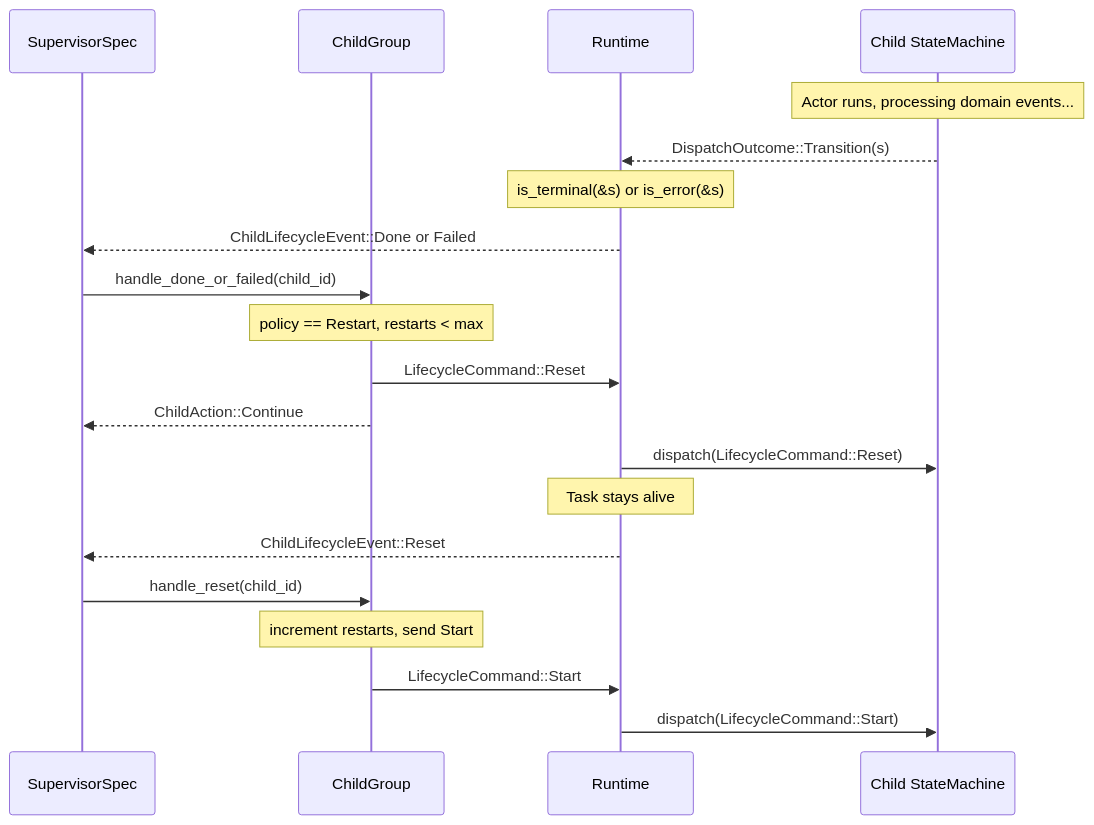
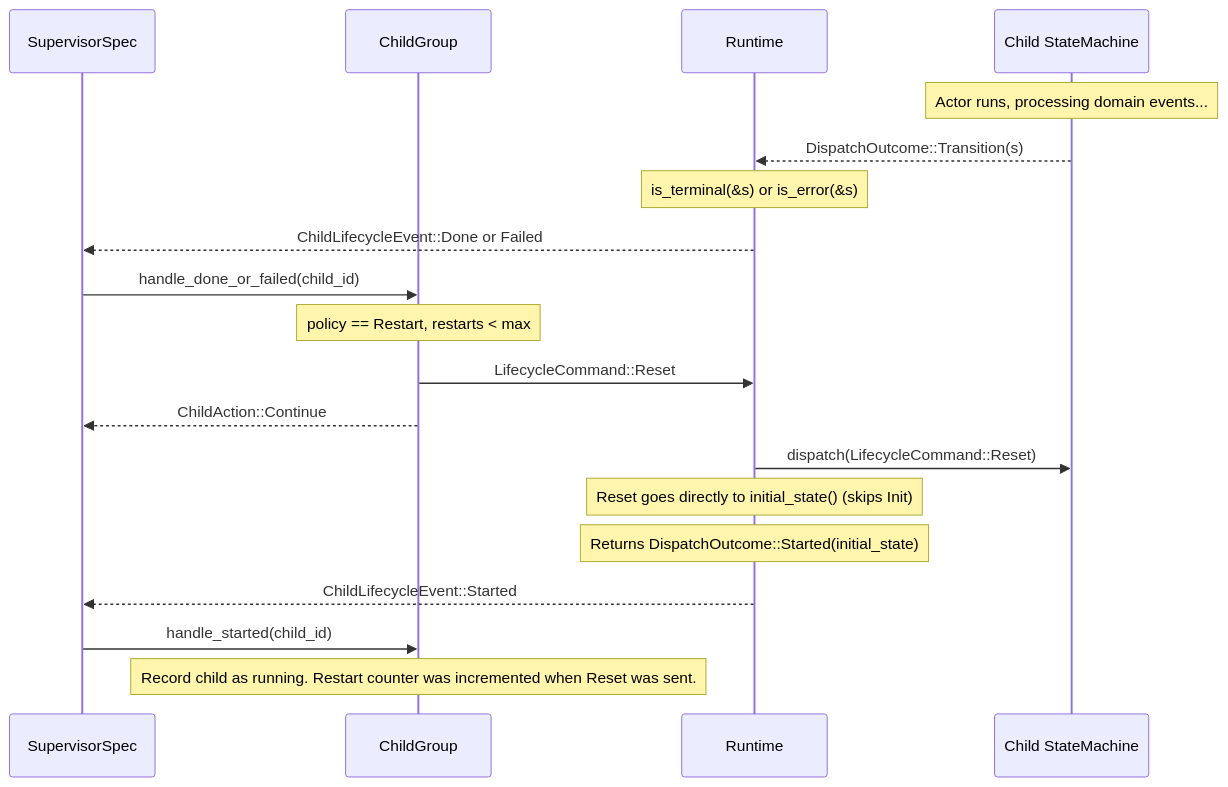
Before and after one commit to bloxide-com/bloxide: the second of 3 diagrams in spec/architecture/08-supervision.md, drawn with Mermaid. The commit also changed other lines of this file and 1 other file, not shown here.

First line of the commit message:
docs: update 18-spawn-architecture and 08-supervision for four-level lifecycle

````diff
--- a/spec/architecture/08-supervision.md
+++ b/spec/architecture/08-supervision.md
@@ -380,24 +432,23 @@
 ```mermaid
 sequenceDiagram
     participant Sup as SupervisorSpec
     participant CG as ChildGroup
     participant RT as Runtime
     participant M as Child StateMachine
 
     Note over M: Actor runs, processing domain events...
 
     M-->>RT: DispatchOutcome::Transition(s)
     Note over RT: is_terminal(&s) or is_error(&s)
     RT-->>Sup: ChildLifecycleEvent::Done or Failed
     Sup->>CG: handle_done_or_failed(child_id)
     Note over CG: policy == Restart, restarts < max
     CG->>RT: LifecycleCommand::Reset
     CG-->>Sup: ChildAction::Continue
     RT->>M: dispatch(LifecycleCommand::Reset)
-    Note over RT: Task stays alive
-    RT-->>Sup: ChildLifecycleEvent::Reset
-    Sup->>CG: handle_reset(child_id)
-    Note over CG: increment restarts, send Start
-    CG->>RT: LifecycleCommand::Start
-    RT->>M: dispatch(LifecycleCommand::Start)
+    Note over RT: Reset goes directly to initial_state() (skips Init)
+    Note over RT: Returns DispatchOutcome::Started(initial_state)
+    RT-->>Sup: ChildLifecycleEvent::Started
+    Sup->>CG: handle_started(child_id)
+    Note over CG: Record child as running. Restart counter was incremented when Reset was sent.
 ```
````
